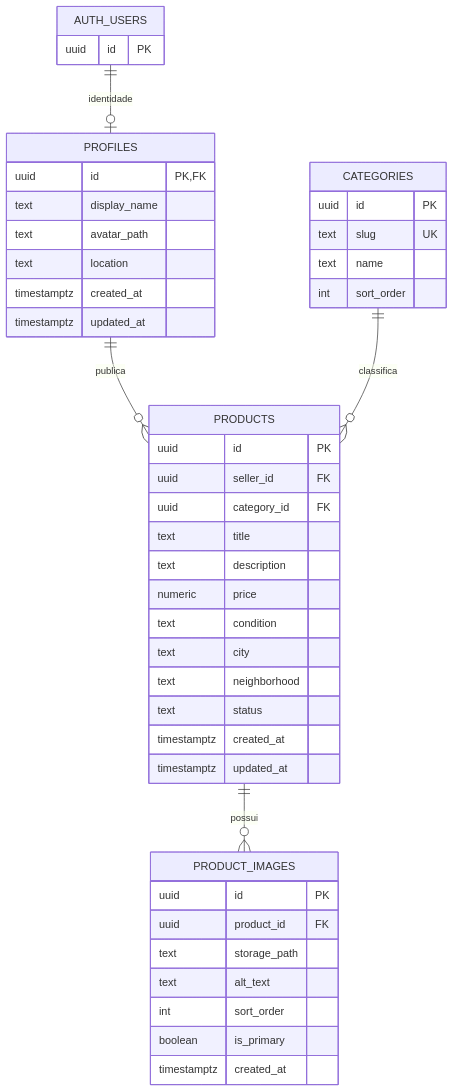
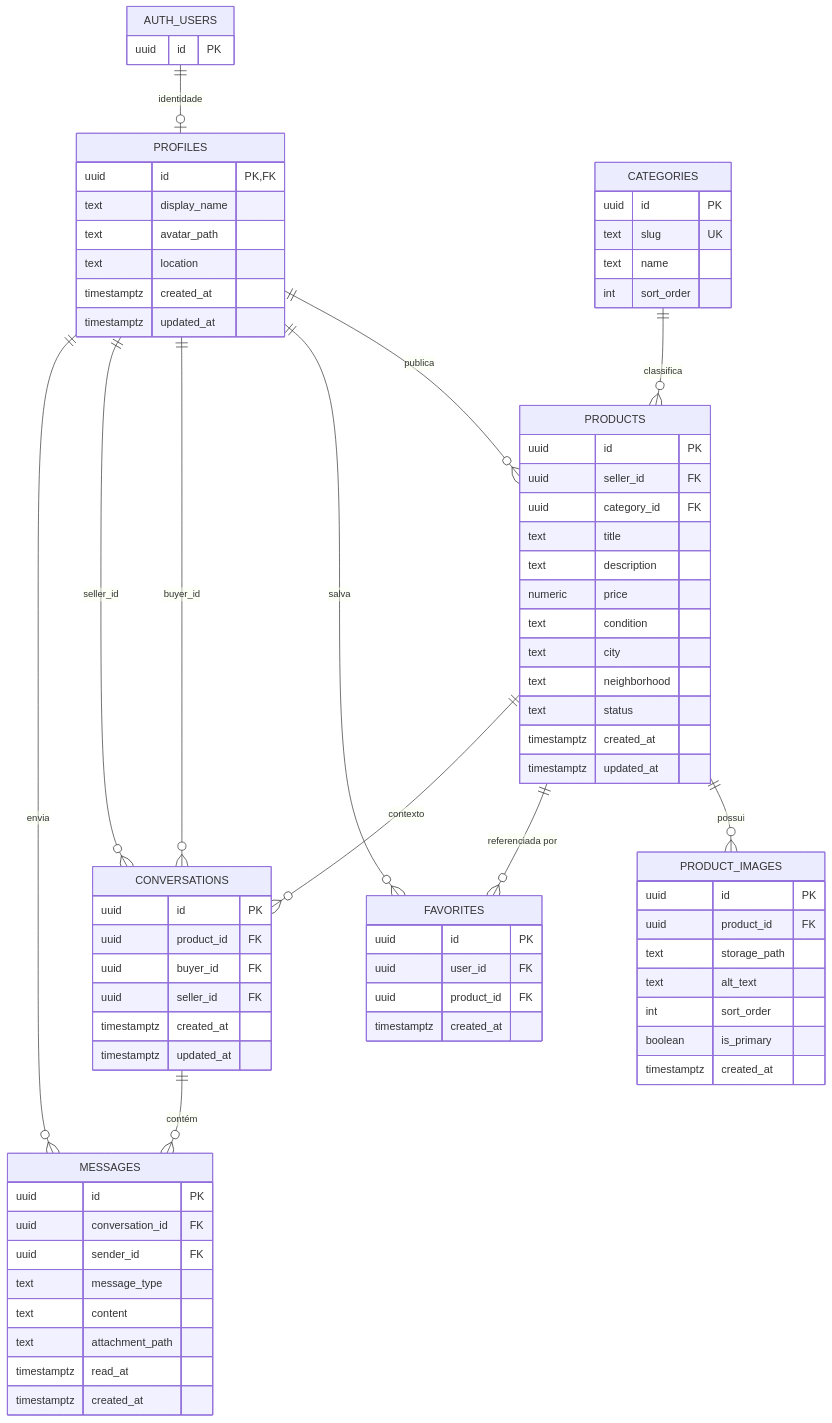
The diagram in README.md (ruanvalente/ver-o-preco-marketplace), drawn with Mermaid before and after one commit. The commit also changed other lines of this file and 100 other files, not shown here.

````diff
--- a/README.md
+++ b/README.md
@@ -153,6 +164,13 @@
     PROFILES ||--o{ PRODUCTS : "publica"
     CATEGORIES ||--o{ PRODUCTS : "classifica"
     PRODUCTS ||--o{ PRODUCT_IMAGES : "possui"
+    PROFILES ||--o{ FAVORITES : "salva"
+    PRODUCTS ||--o{ FAVORITES : "referenciada por"
+    PRODUCTS ||--o{ CONVERSATIONS : "contexto"
+    PROFILES ||--o{ CONVERSATIONS : "buyer_id"
+    PROFILES ||--o{ CONVERSATIONS : "seller_id"
+    CONVERSATIONS ||--o{ MESSAGES : "contém"
+    PROFILES ||--o{ MESSAGES : "envia"
 
     AUTH_USERS {
         uuid id PK
@@ -198,4 +216,31 @@
         boolean is_primary
         timestamptz created_at
     }
+
+    FAVORITES {
+        uuid id PK
+        uuid user_id FK
+        uuid product_id FK
+        timestamptz created_at
+    }
+
+    CONVERSATIONS {
+        uuid id PK
+        uuid product_id FK
+        uuid buyer_id FK
+        uuid seller_id FK
+        timestamptz created_at
+        timestamptz updated_at
+    }
+
+    MESSAGES {
+        uuid id PK
+        uuid conversation_id FK
+        uuid sender_id FK
+        text message_type
+        text content
+        text attachment_path
+        timestamptz read_at
+        timestamptz created_at
+    }
 ```
````
